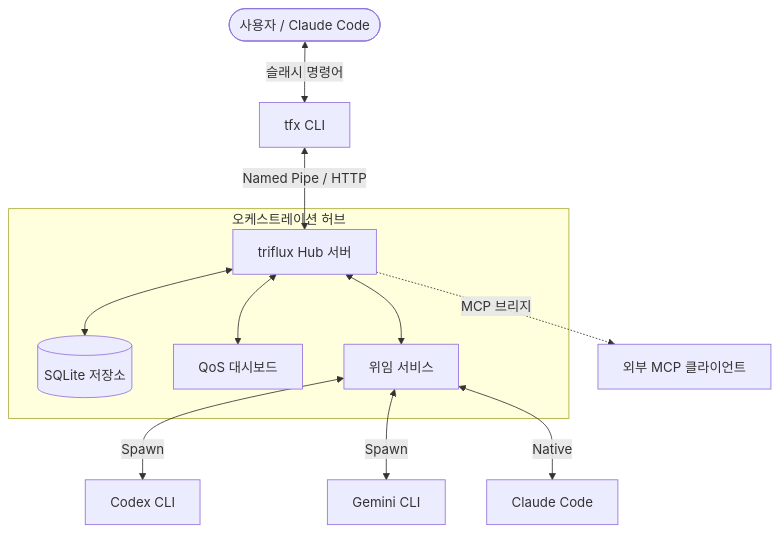
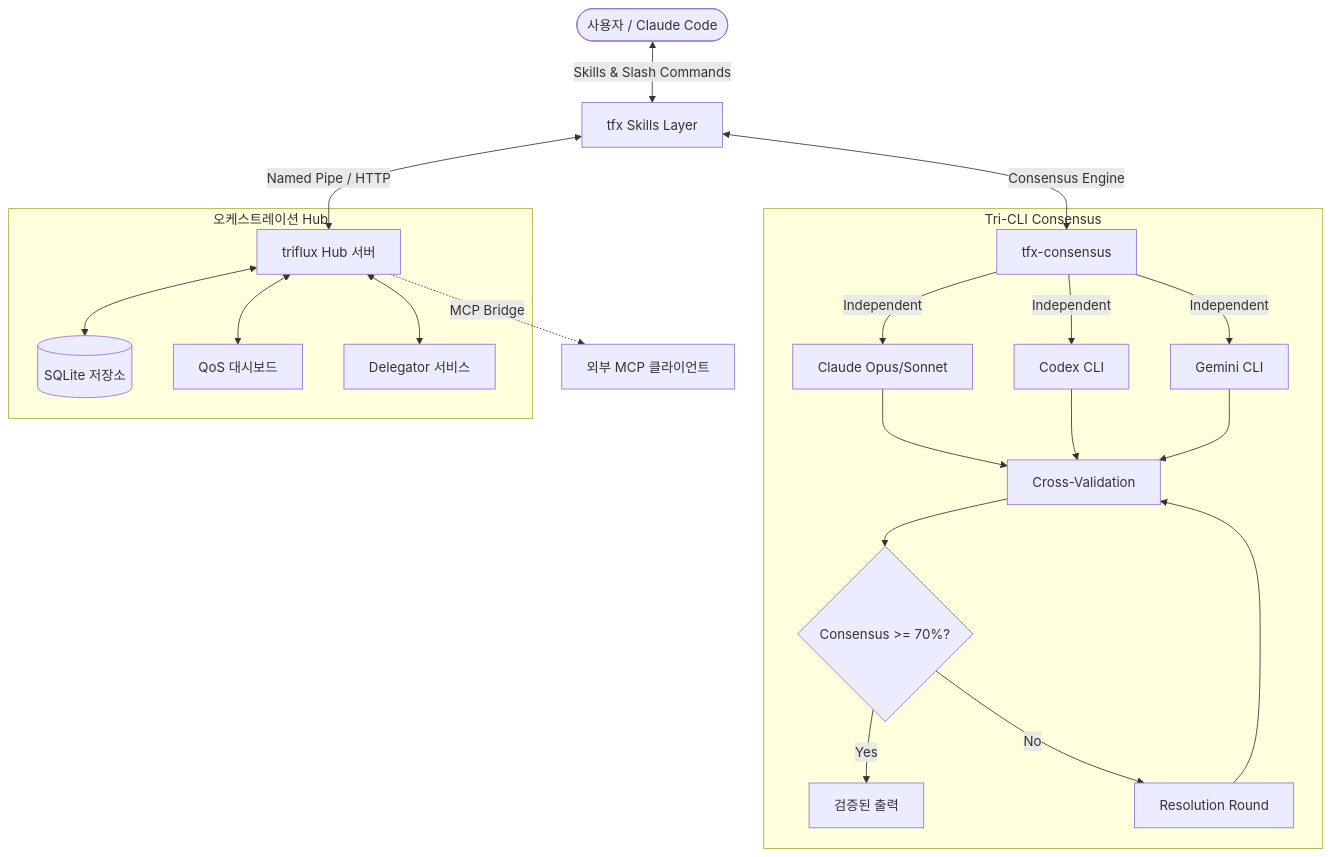
Before and after one commit to tellang/triflux: the diagram in README.ko.md, drawn with Mermaid. The commit also changed other lines of this file, not shown here.

````diff
--- a/README.ko.md
+++ b/README.ko.md
@@ -68,17 +191,28 @@
 ```mermaid
 graph TD
-    User([사용자 / Claude Code]) <-->|슬래시 명령어| TFX_CLI[tfx CLI]
-    TFX_CLI <-->|Named Pipe / HTTP| HUB[triflux Hub 서버]
-    
-    subgraph "오케스트레이션 허브"
+    User([사용자 / Claude Code]) <-->|Skills & Slash Commands| TFX[tfx Skills Layer]
+    TFX <-->|Consensus Engine| CONSENSUS[tfx-consensus]
+
+    subgraph "Tri-CLI Consensus"
+        CONSENSUS -->|Independent| CLAUDE[Claude Opus/Sonnet]
+        CONSENSUS -->|Independent| CODEX[Codex CLI]
+        CONSENSUS -->|Independent| GEMINI[Gemini CLI]
+        CLAUDE --> MERGE[Cross-Validation]
+        CODEX --> MERGE
+        GEMINI --> MERGE
+        MERGE --> GATE{Consensus >= 70%?}
+        GATE -->|Yes| OUTPUT[검증된 출력]
+        GATE -->|No| RESOLVE[Resolution Round]
+        RESOLVE --> MERGE
+    end
+
+    TFX <-->|Named Pipe / HTTP| HUB[triflux Hub 서버]
+
+    subgraph "오케스트레이션 Hub"
         HUB <--> STORE[(SQLite 저장소)]
         HUB <--> DASH[QoS 대시보드]
-        HUB <--> DELEGATOR[위임 서비스]
+        HUB <--> DELEGATOR[Delegator 서비스]
     end
-    
-    DELEGATOR <-->|Spawn| CODEX[Codex CLI]
-    DELEGATOR <-->|Spawn| GEMINI[Gemini CLI]
-    DELEGATOR <-->|Native| CLAUDE[Claude Code]
-    
-    HUB -.->|MCP 브리지| External[외부 MCP 클라이언트]
+
+    HUB -.->|MCP Bridge| External[외부 MCP 클라이언트]
 ```
````
